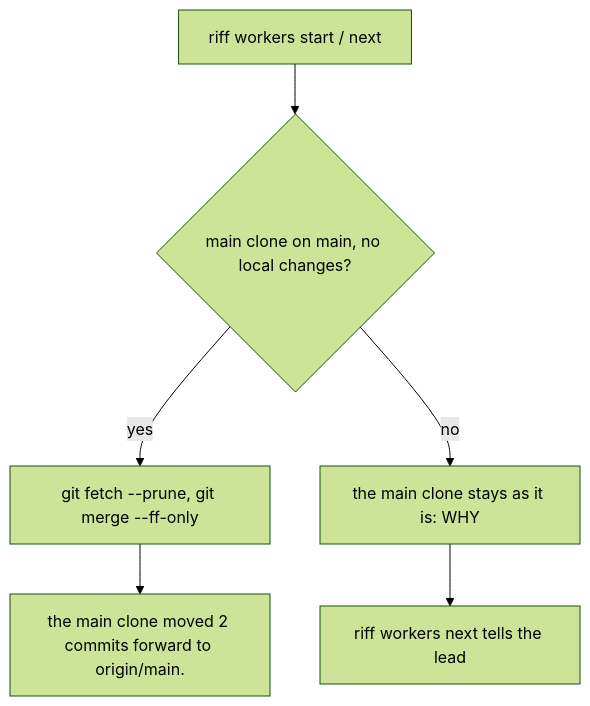
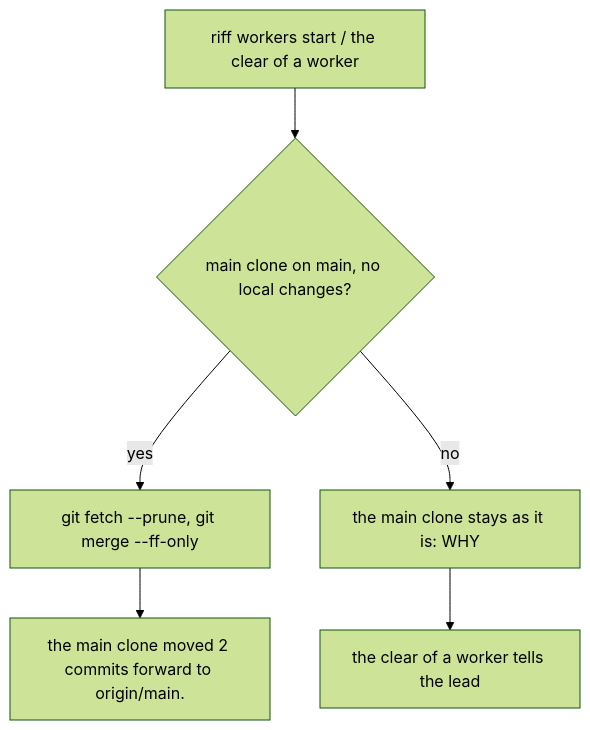
Diagram 48 of 51 in docs/src/how-it-works.md (como-technologies/riff), drawn with Mermaid (forest theme) before and after one commit. The commit also changed other lines of this file and 20 other files, not shown here.

First line of the commit message:
riff clears the context of a worker when its turn ends after its last release (#438)

````diff
--- a/docs/src/how-it-works.md
+++ b/docs/src/how-it-works.md
@@ -3280,8 +3303,8 @@
 ```mermaid
 flowchart TD
-    A[riff workers start / next] --> B{main clone on main, no local changes?}
+    A[riff workers start / the clear of a worker] --> B{main clone on main, no local changes?}
     B -- yes --> C[git fetch --prune, git merge --ff-only]
     C --> D["the main clone moved 2 commits forward to origin/main."]
     B -- no --> E["the main clone stays as it is: WHY"]
-    E --> F[riff workers next tells the lead]
+    E --> F[the clear of a worker tells the lead]
 ```
````
